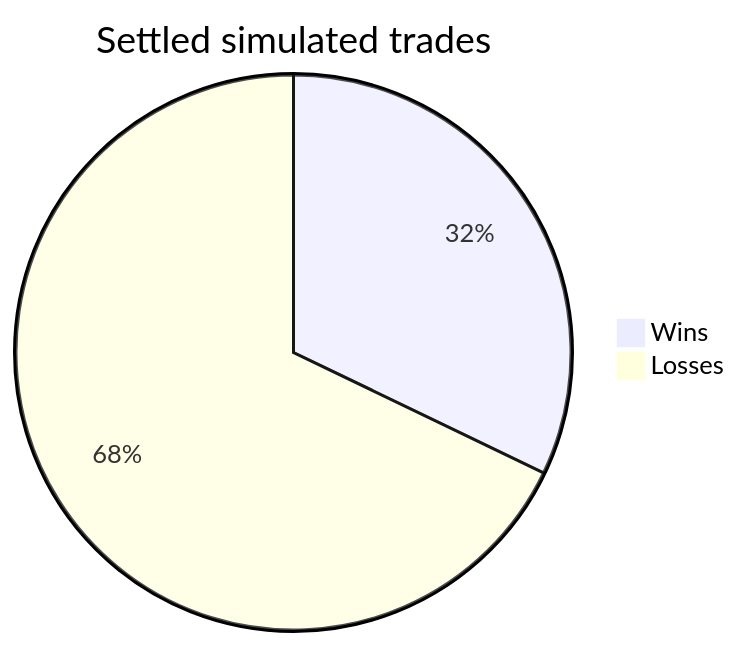
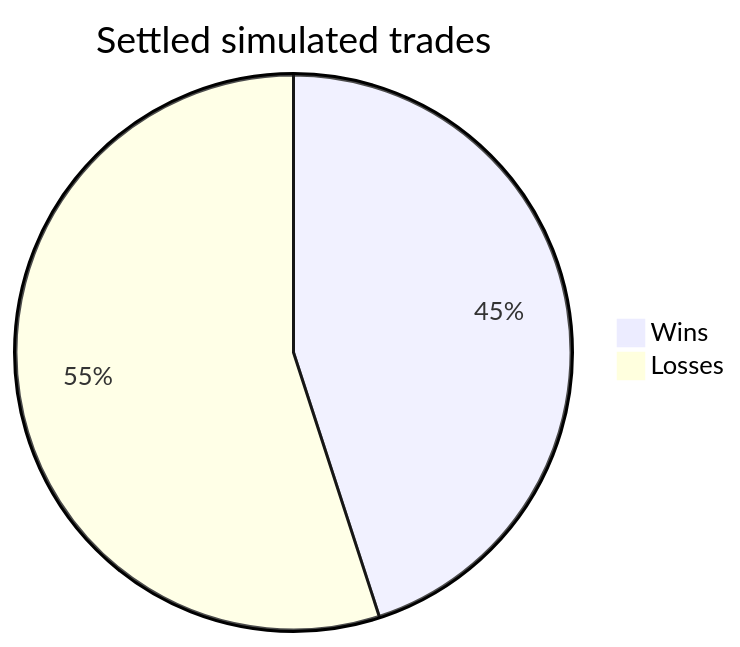
Before and after one commit to cheeseonamonkey/PaperLab: the diagram in docs/bots/research_linear.md, drawn with Mermaid. The commit also changed other lines of this file and 34 other files, not shown here.

````diff
--- a/docs/bots/research_linear.md
+++ b/docs/bots/research_linear.md
@@ -22,5 +22,5 @@
 ```mermaid
 pie title Settled simulated trades
-    "Wins" : 9
-    "Losses" : 19
+    "Wins" : 18
+    "Losses" : 22
 ```
````
